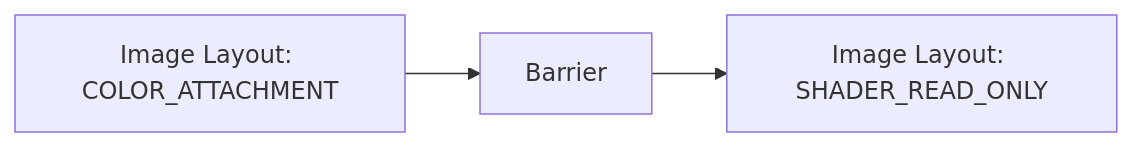
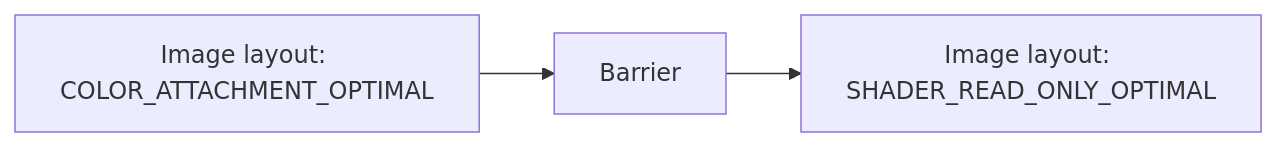
The fourth of 5 diagrams in _posts/Vulkan/2025-04-13-VulkanMemoryBarriers.md (XanderBert/xanderbert.github.io), drawn with Mermaid before and after one commit. The commit also changed other lines of this file and 21 other files, not shown here.

````diff
--- a/_posts/Vulkan/2025-04-13-VulkanMemoryBarriers.md
+++ b/_posts/Vulkan/2025-04-13-VulkanMemoryBarriers.md
@@ -70,5 +113,5 @@
 ```mermaid
-flowchart LR  
-    A[Image Layout: COLOR_ATTACHMENT] --> B[Barrier]  
-    B --> C[Image Layout: SHADER_READ_ONLY]  
+flowchart LR
+    A[Image layout: COLOR_ATTACHMENT_OPTIMAL] --> B[Barrier]
+    B --> C[Image layout: SHADER_READ_ONLY_OPTIMAL]
 ```
````
